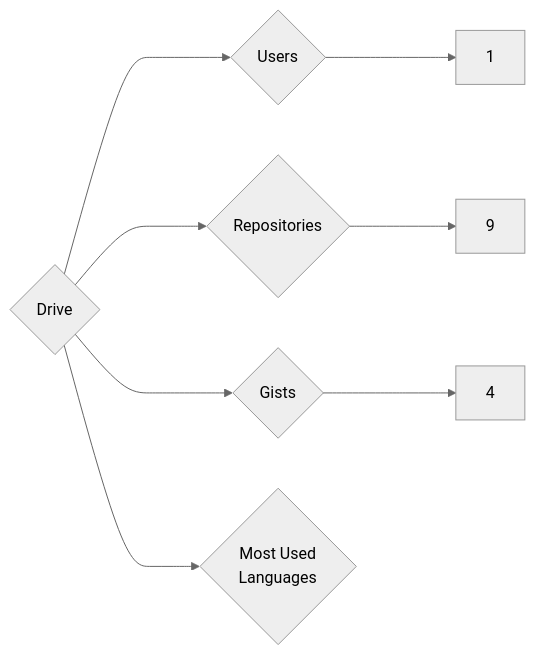
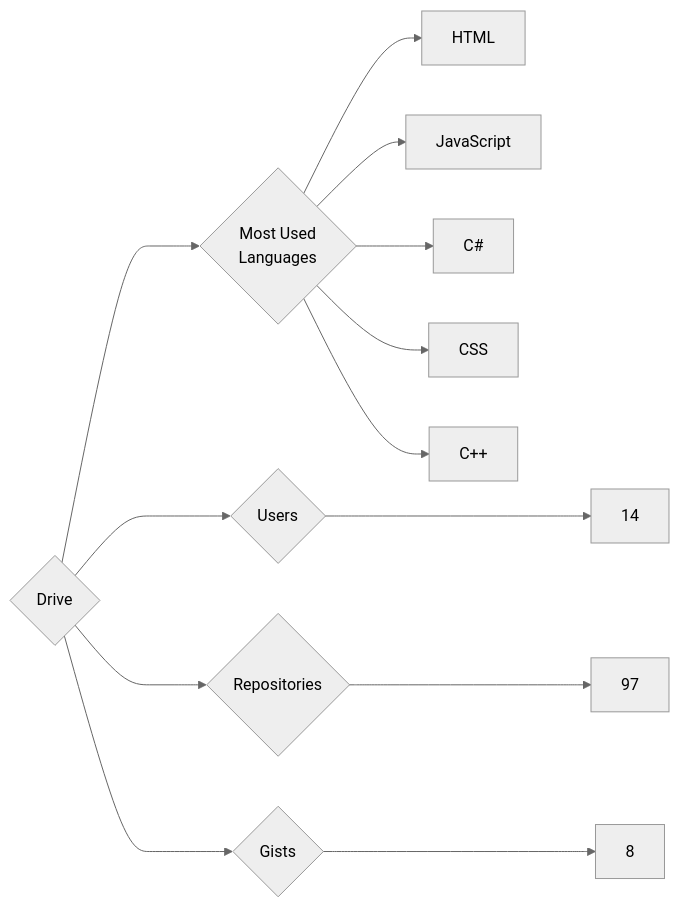
Before and after one commit to trickest/insiders: the diagram in targets/Drive/README.md, drawn with Mermaid (neutral theme). The commit also changed 873 other files, not shown here.

````diff
--- a/targets/Drive/README.md
+++ b/targets/Drive/README.md
@@ -3,8 +3,13 @@
 ```mermaid
 graph LR
 COMPANY_NAME{Drive}
-COMPANY_NAME ---> U{Users} ---> UN[1]
-COMPANY_NAME ---> R{Repositories} ---> RN[9]
-COMPANY_NAME ---> G{Gists} ---> GN[4]
+COMPANY_NAME ---> U{Users} ---> UN[14]
+COMPANY_NAME ---> R{Repositories} ---> RN[97]
+COMPANY_NAME ---> G{Gists} ---> GN[8]
 COMPANY_NAME ---> ML{Most Used<br>Languages}
+ML --> HTML[HTML]
+ML --> JavaScript[JavaScript]
+ML --> C#[C#]
+ML --> CSS[CSS]
+ML --> C++[C++]
 ```
````
